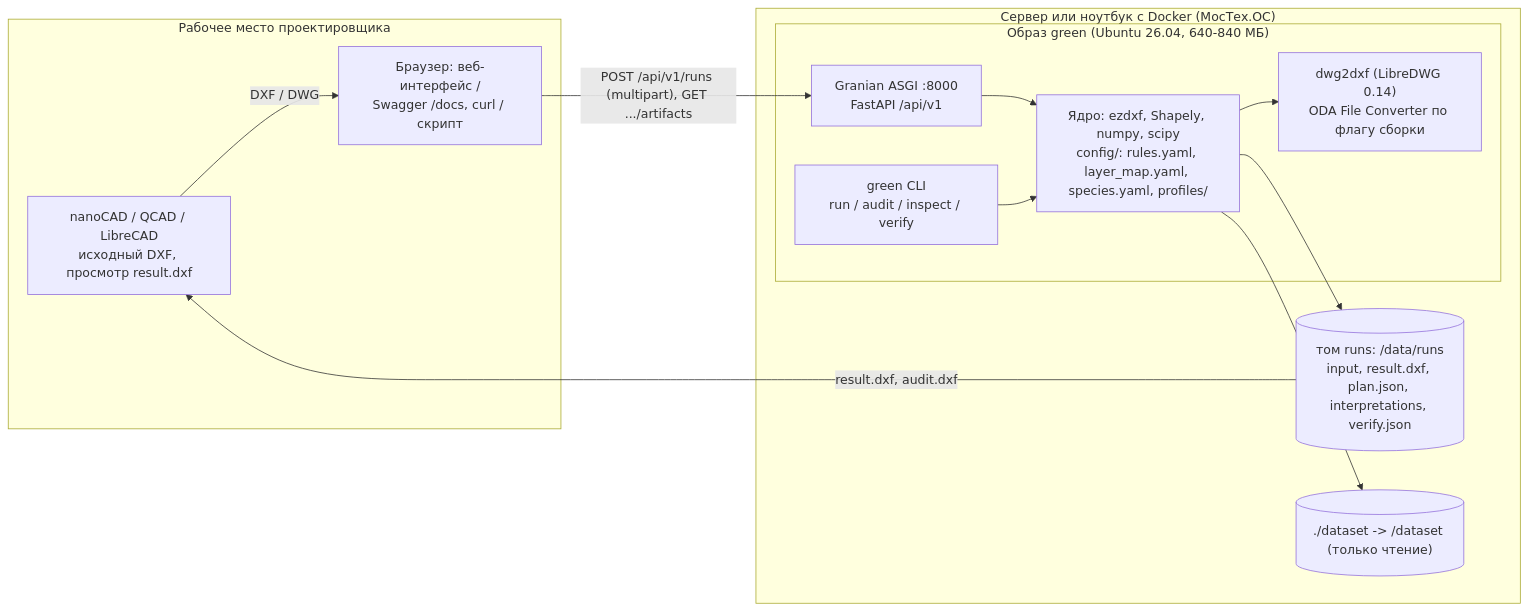
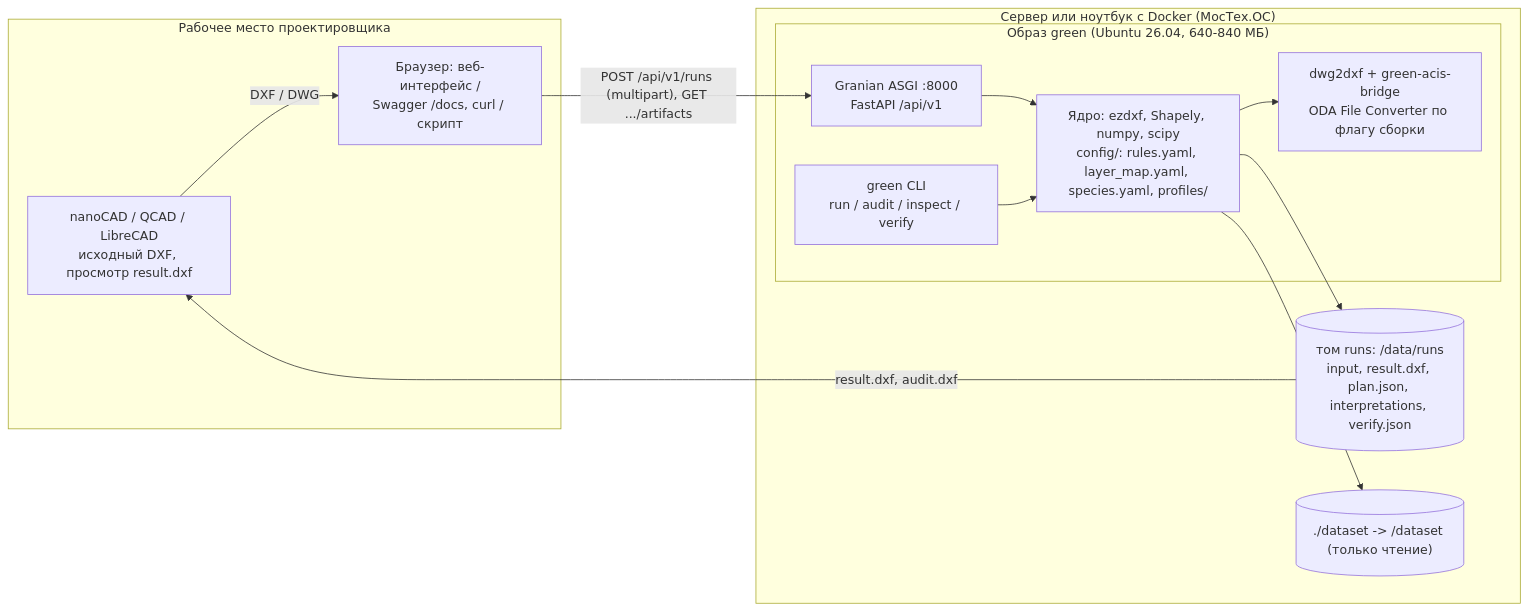
The diagram in docs/deploy.md (Mojarung/LCT_2026), drawn with Mermaid before and after one commit. The commit also changed other lines of this file and 19 other files, not shown here.

````diff
--- a/docs/deploy.md
+++ b/docs/deploy.md
@@ -7,25 +7,25 @@
 ```mermaid
 flowchart LR
     subgraph user["Рабочее место проектировщика"]
         cad["nanoCAD / QCAD / LibreCAD<br/>исходный DXF, просмотр result.dxf"]
         browser["Браузер: веб-интерфейс /<br/>Swagger /docs, curl / скрипт"]
     end
     subgraph host["Сервер или ноутбук с Docker (МосТех.ОС)"]
         subgraph image["Образ green (Ubuntu 26.04, 640-840 МБ)"]
             api["Granian ASGI :8000<br/>FastAPI /api/v1"]
             cli["green CLI<br/>run / audit / inspect / verify"]
             core["Ядро: ezdxf, Shapely, numpy, scipy<br/>config/: rules.yaml, layer_map.yaml, species.yaml, profiles/"]
-            dwg["dwg2dxf (LibreDWG 0.14)<br/>ODA File Converter по флагу сборки"]
+            dwg["dwg2dxf + green-acis-bridge<br/>ODA File Converter по флагу сборки"]
             api --> core
             cli --> core
             core --> dwg
         end
         runs[("том runs: /data/runs<br/>input, result.dxf, plan.json, interpretations, verify.json")]
         dataset[("./dataset -> /dataset (только чтение)")]
         core --> runs
         core --> dataset
     end
     browser -- "POST /api/v1/runs (multipart), GET .../artifacts" --> api
     cad -- "DXF / DWG" --> browser
     runs -- "result.dxf, audit.dxf" --> cad
 ```
````
